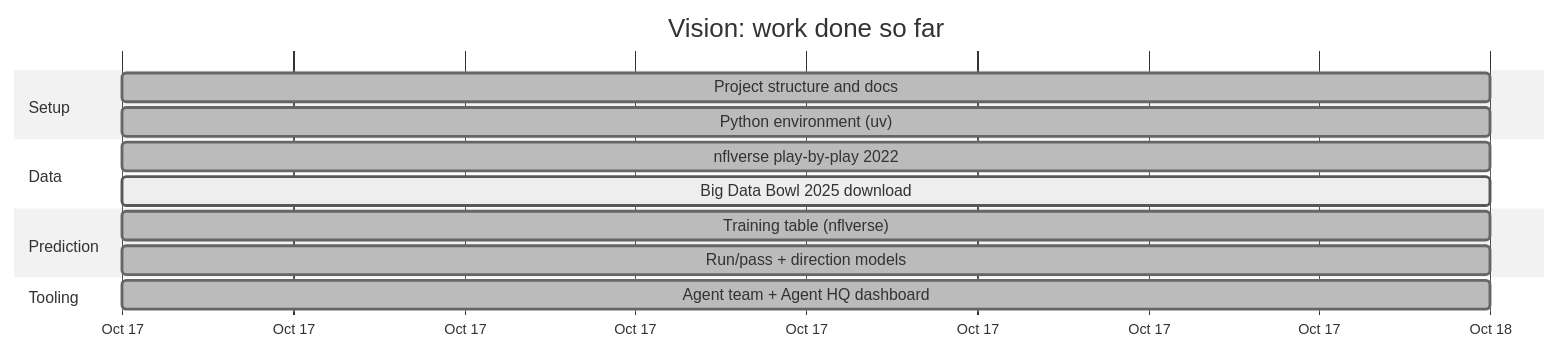
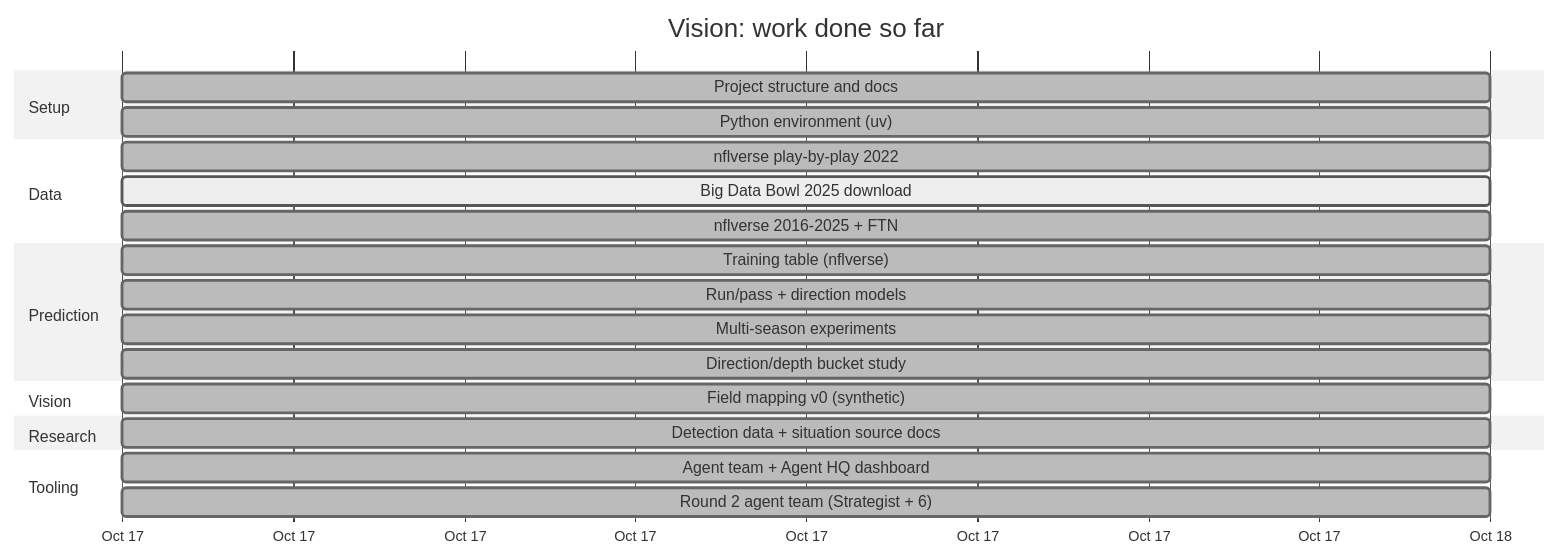
The diagram in docs/PROGRESS.md (nicolasman7/Vision), drawn with Mermaid (neutral theme) before and after one commit. The commit also changed other lines of this file and 2 other files, not shown here.

Commit message:
Round 2 wrap-up · Teacher: progress entry, Film Scout's situation-source doc + E4; Coach: session log

````diff
--- a/docs/PROGRESS.md
+++ b/docs/PROGRESS.md
@@ -5,21 +5,31 @@
 ```mermaid
 gantt
     title Vision: work done so far
     dateFormat YYYY-MM-DD
     axisFormat %b %d
 
     section Setup
     Project structure and docs :done, setup, 2026-10-17, 1d
     Python environment (uv)    :done, env, 2026-10-17, 1d
 
     section Data
     nflverse play-by-play 2022 :done, nflv, 2026-10-17, 1d
     Big Data Bowl 2025 download :active, bdb, 2026-10-17, 1d
+    nflverse 2016-2025 + FTN   :done, multi, 2026-10-17, 1d
 
     section Prediction
     Training table (nflverse)   :done, table, 2026-10-17, 1d
     Run/pass + direction models :done, models, 2026-10-17, 1d
+    Multi-season experiments    :done, exps, 2026-10-17, 1d
+    Direction/depth bucket study :done, buckets, 2026-10-17, 1d
+
+    section Vision
+    Field mapping v0 (synthetic) :done, fmap, 2026-10-17, 1d
+
+    section Research
+    Detection data + situation source docs :done, research, 2026-10-17, 1d
 
     section Tooling
     Agent team + Agent HQ dashboard :done, hq, 2026-10-17, 1d
+    Round 2 agent team (Strategist + 6) :done, team2, 2026-10-17, 1d
 ```
````
